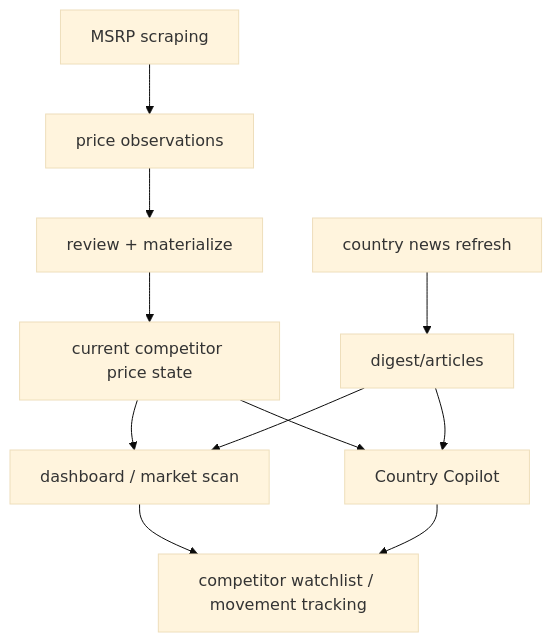
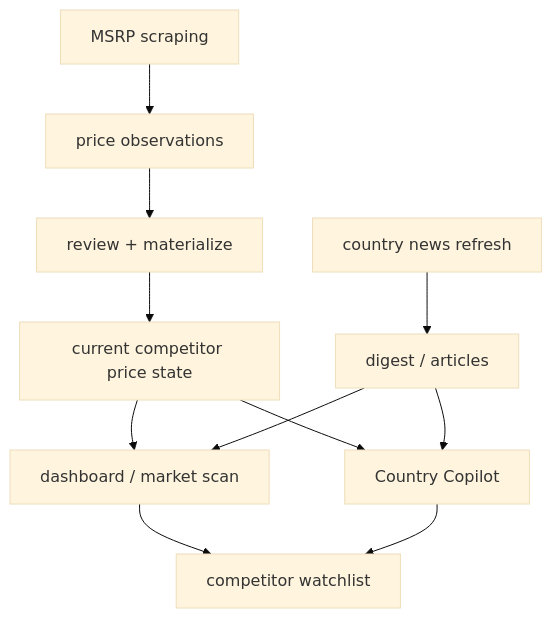
The fifth of 7 diagrams in Markdown_Readme/Fullstack/WORKFLOWS/BUSINESS_PIPELINE_WORKFLOWS.md (tristan419/JATO_Analysis_System), drawn with Mermaid (base theme) before and after one commit. The commit also changed other lines of this file and 20 other files, not shown here.

````diff
--- a/Markdown_Readme/Fullstack/WORKFLOWS/BUSINESS_PIPELINE_WORKFLOWS.md
+++ b/Markdown_Readme/Fullstack/WORKFLOWS/BUSINESS_PIPELINE_WORKFLOWS.md
@@ -157,16 +165,16 @@
 ```mermaid
 flowchart TD
   A[MSRP scraping] --> B[price observations]
   B --> C[review + materialize]
   C --> D[current competitor price state]
 
-  E[country news refresh] --> F[digest/articles]
+  E[country news refresh] --> F[digest / articles]
 
   D --> G[dashboard / market scan]
   D --> H[Country Copilot]
   F --> G
   F --> H
 
-  G --> I[competitor watchlist / movement tracking]
+  G --> I[competitor watchlist]
   H --> I
 ```
````
